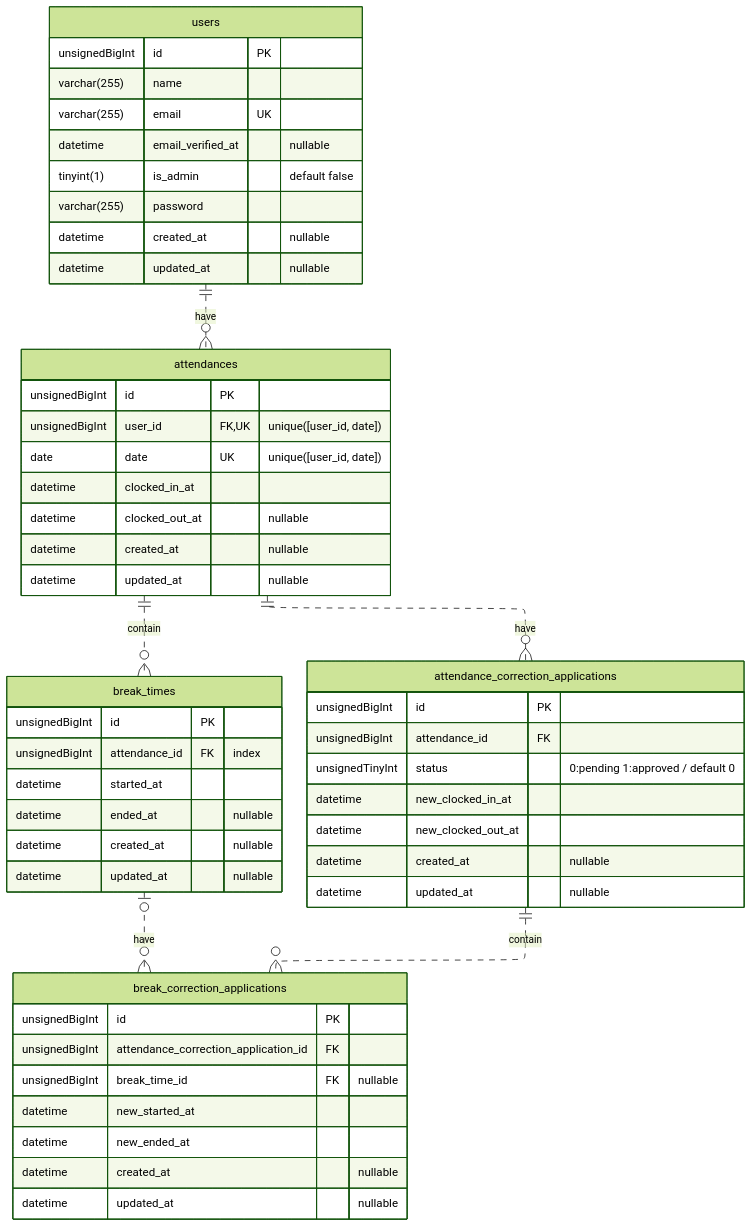
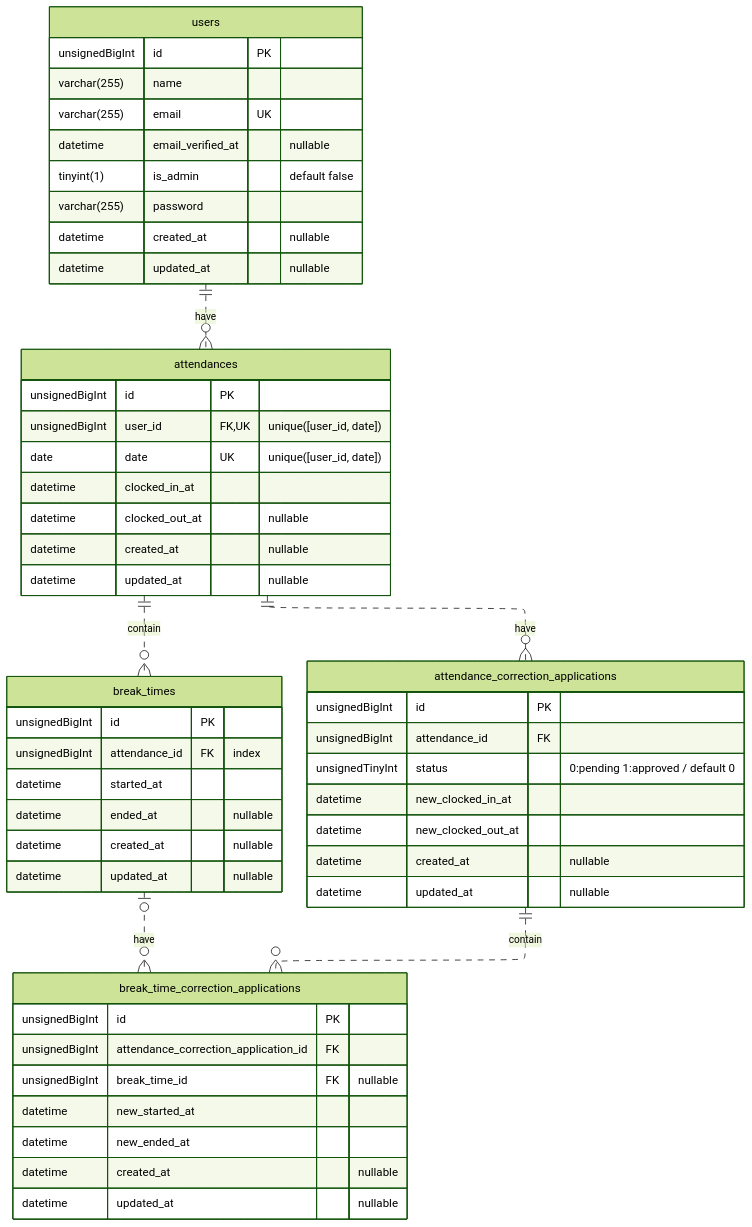
One commit to sangwon-lee302/time-and-attendance changed the diagram in README.md. Above: the diagram before and after it, drawn with Mermaid (forest theme). The commit also changed 22 other files, not shown here.

````diff
--- a/README.md
+++ b/README.md
@@ -17,62 +17,62 @@
 ```mermaid
 ---
 config:
     layout: elk
 ---
 erDiagram
     users ||..o{ attendances: "have"
     attendances ||..o{ break_times: "contain"
     attendances ||..o{ attnd-corrections: "have"
     attnd-corrections ||..o{ break-corrections: "contain"
     break_times |o..o{ break-corrections: "have"
 
     users {
         unsignedBigInt id PK
         varchar(255) name
         varchar(255) email UK
         datetime email_verified_at "nullable"
         tinyint(1) is_admin "default false"
         varchar(255) password
         datetime created_at "nullable"
         datetime updated_at "nullable"
     }
 
     attendances {
         unsignedBigInt id PK
         unsignedBigInt user_id FK, UK "unique([user_id, date])"
         date date UK "unique([user_id, date])"
         datetime clocked_in_at
         datetime clocked_out_at "nullable"
         datetime created_at "nullable"
         datetime updated_at "nullable"
     }
 
     break_times {
         unsignedBigInt id PK
         unsignedBigInt attendance_id FK "index"
         datetime started_at
         datetime ended_at "nullable"
         datetime created_at "nullable"
         datetime updated_at "nullable"
     }
 
     attnd-corrections["attendance_correction_applications"] {
         unsignedBigInt id PK
         unsignedBigInt attendance_id FK
         unsignedTinyInt status "0:pending 1:approved / default 0"
         datetime new_clocked_in_at
         datetime new_clocked_out_at
         datetime created_at "nullable"
         datetime updated_at "nullable"
     }
 
-    break-corrections["break_correction_applications"] {
+    break-corrections["break_time_correction_applications"] {
         unsignedBigInt id PK
         unsignedBigInt attendance_correction_application_id FK
         unsignedBigInt break_time_id FK "nullable"
         datetime new_started_at
         datetime new_ended_at
         datetime created_at "nullable"
         datetime updated_at "nullable"
     }
 ```
````
